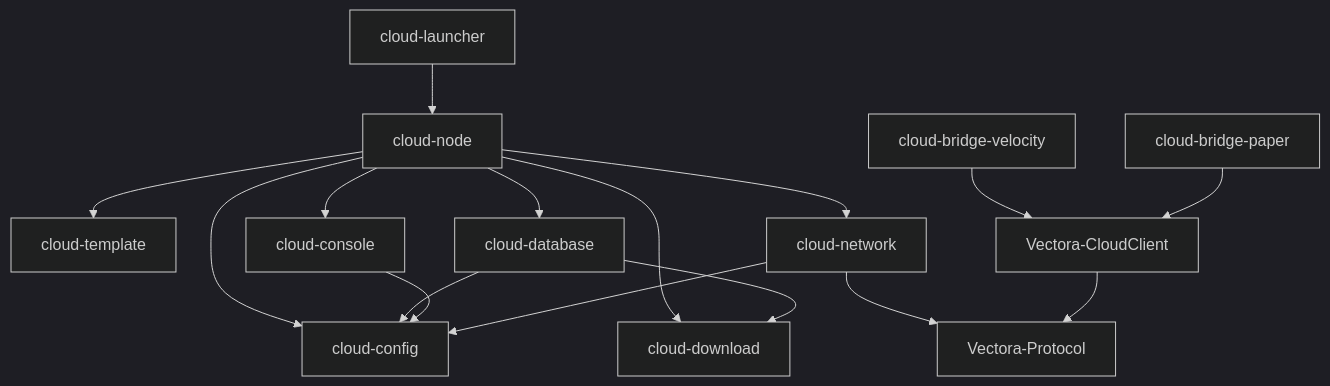
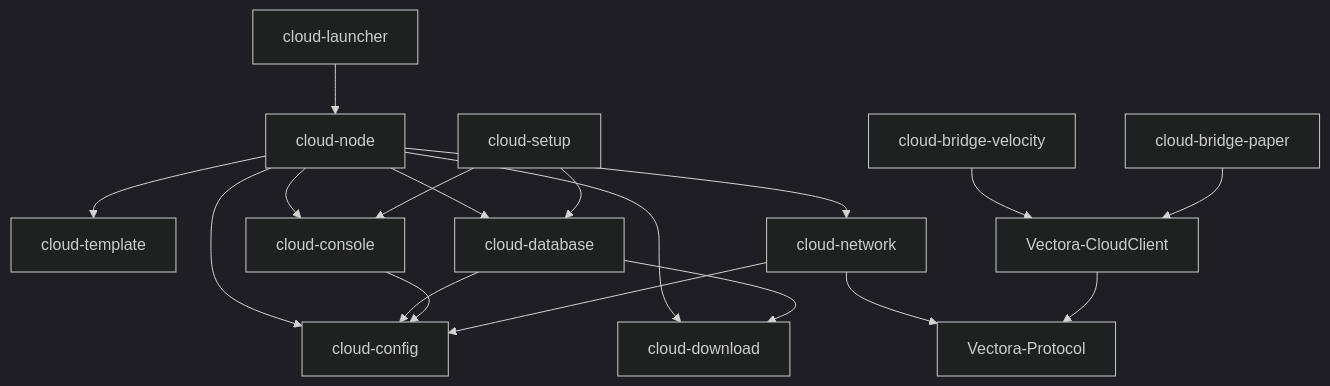
One commit to VectoDE/VectolynCloud changed the diagram in docs/cloud/architecture.md. Above: the diagram before and after it, drawn with Mermaid (dark theme). The commit also changed other lines of this file and 63 other files, not shown here.

First line of the commit message:
feat(cloud-setup): setup assistant, setup file and setup command (#44)

````diff
--- a/docs/cloud/architecture.md
+++ b/docs/cloud/architecture.md
@@ -32,18 +33,20 @@
 ```mermaid
 graph TD
     launcher[cloud-launcher] --> node[cloud-node]
     node --> config[cloud-config]
     node --> template[cloud-template]
     node --> download[cloud-download]
     node --> network[cloud-network]
     node --> database[cloud-database]
     node --> console[cloud-console]
     database --> config
     console[cloud-console] --> config
+    setup[cloud-setup] --> console
+    setup --> database
     database --> download
     network --> config
     network --> protocol[Vectora-Protocol]
     client[Vectora-CloudClient] --> protocol
     bvel[cloud-bridge-velocity] --> client
     bpap[cloud-bridge-paper] --> client
 ```
````
